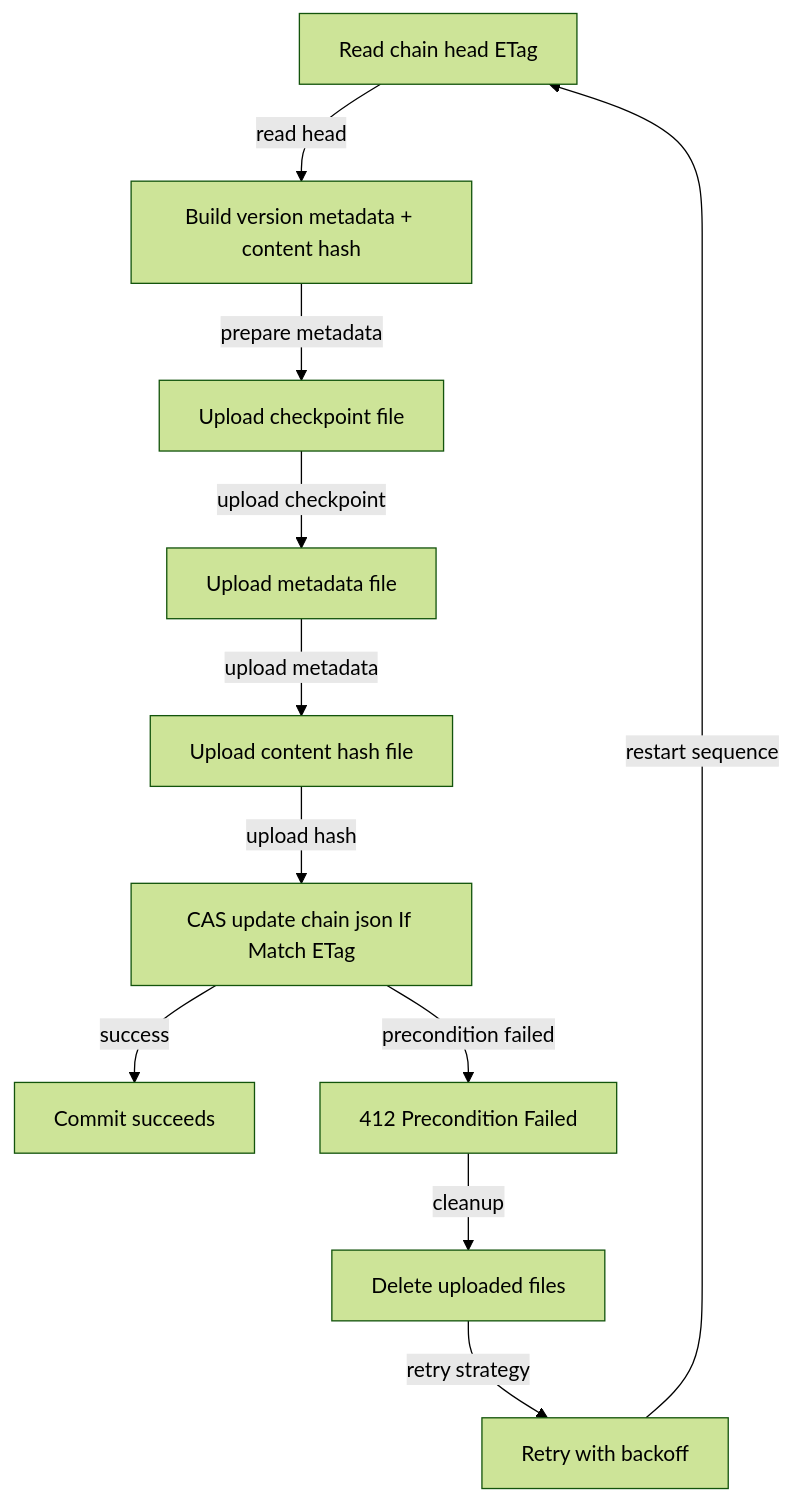
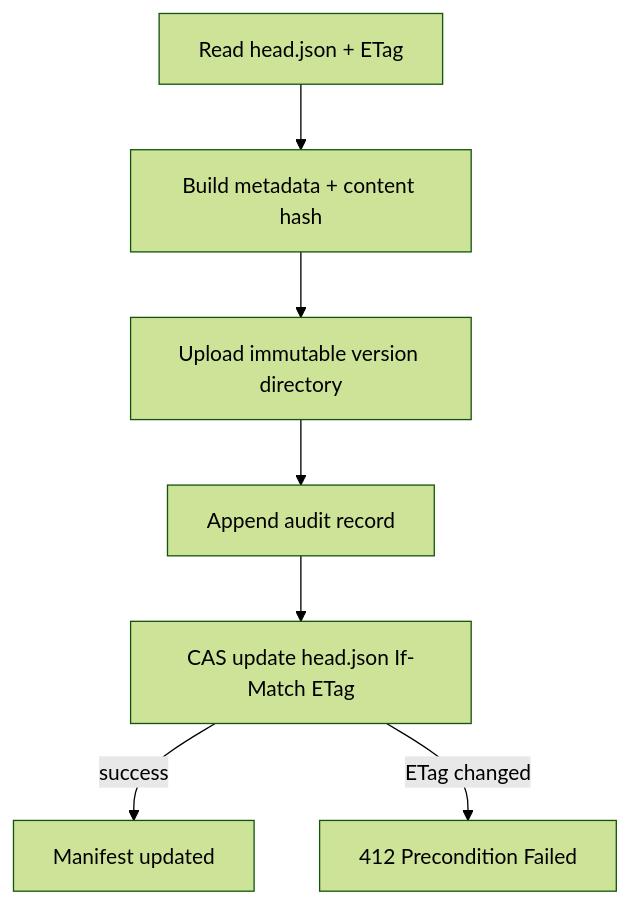
The first of 3 diagrams in documents/engineering/blockchain_storage.md (Tuee22/SpectralMC), drawn with Mermaid (forest theme) before and after one commit. The commit also changed other lines of this file and 11 other files, not shown here.

````diff
--- a/documents/engineering/blockchain_storage.md
+++ b/documents/engineering/blockchain_storage.md
@@ -73,24 +89,17 @@
 ```mermaid
 flowchart TB
-  Start[Read chain head ETag]
-  BuildMeta[Build version metadata + content hash]
-  UploadCheckpoint[Upload checkpoint file]
-  UploadMeta[Upload metadata file]
-  UploadHash[Upload content hash file]
-  UpdateHead[CAS update chain json If Match ETag]
-  CommitSuccess[Commit succeeds]
+  Start[Read head.json + ETag]
+  BuildMeta[Build metadata + content hash]
+  UploadVersion[Upload immutable version directory]
+  AppendAudit[Append audit record]
+  UpdateHead[CAS update head.json If-Match ETag]
+  Success[Manifest updated]
   Conflict[412 Precondition Failed]
-  Rollback[Delete uploaded files]
-  Retry[Retry with backoff]
 
-  Start -->|read head| BuildMeta
-  BuildMeta -->|prepare metadata| UploadCheckpoint
-  UploadCheckpoint -->|upload checkpoint| UploadMeta
-  UploadMeta -->|upload metadata| UploadHash
-  UploadHash -->|upload hash| UpdateHead
-  UpdateHead -->|success| CommitSuccess
-  UpdateHead -->|precondition failed| Conflict
-  Conflict -->|cleanup| Rollback
-  Rollback -->|retry strategy| Retry
-  Retry -->|restart sequence| Start
+  Start --> BuildMeta
+  BuildMeta --> UploadVersion
+  UploadVersion --> AppendAudit
+  AppendAudit --> UpdateHead
+  UpdateHead -->|success| Success
+  UpdateHead -->|ETag changed| Conflict
 ```
````
